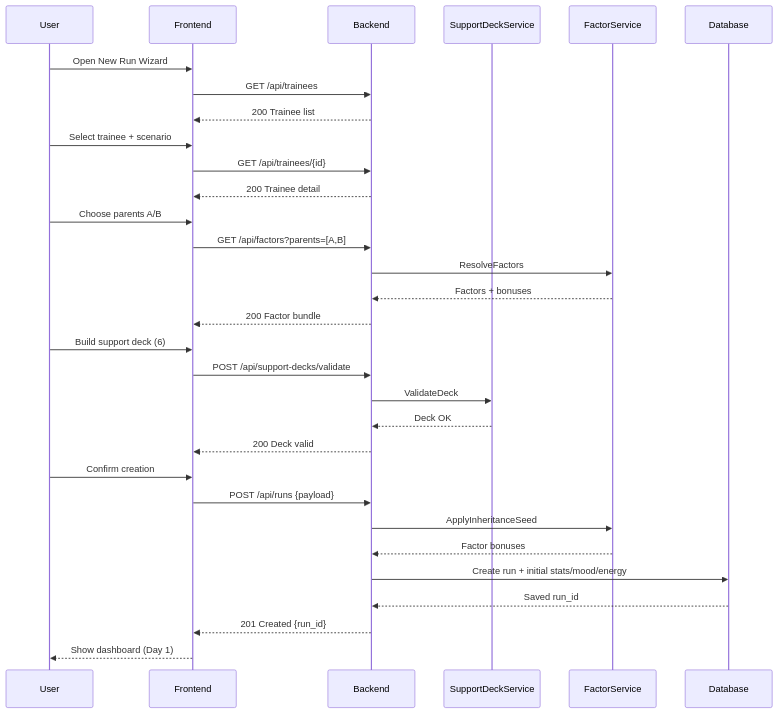
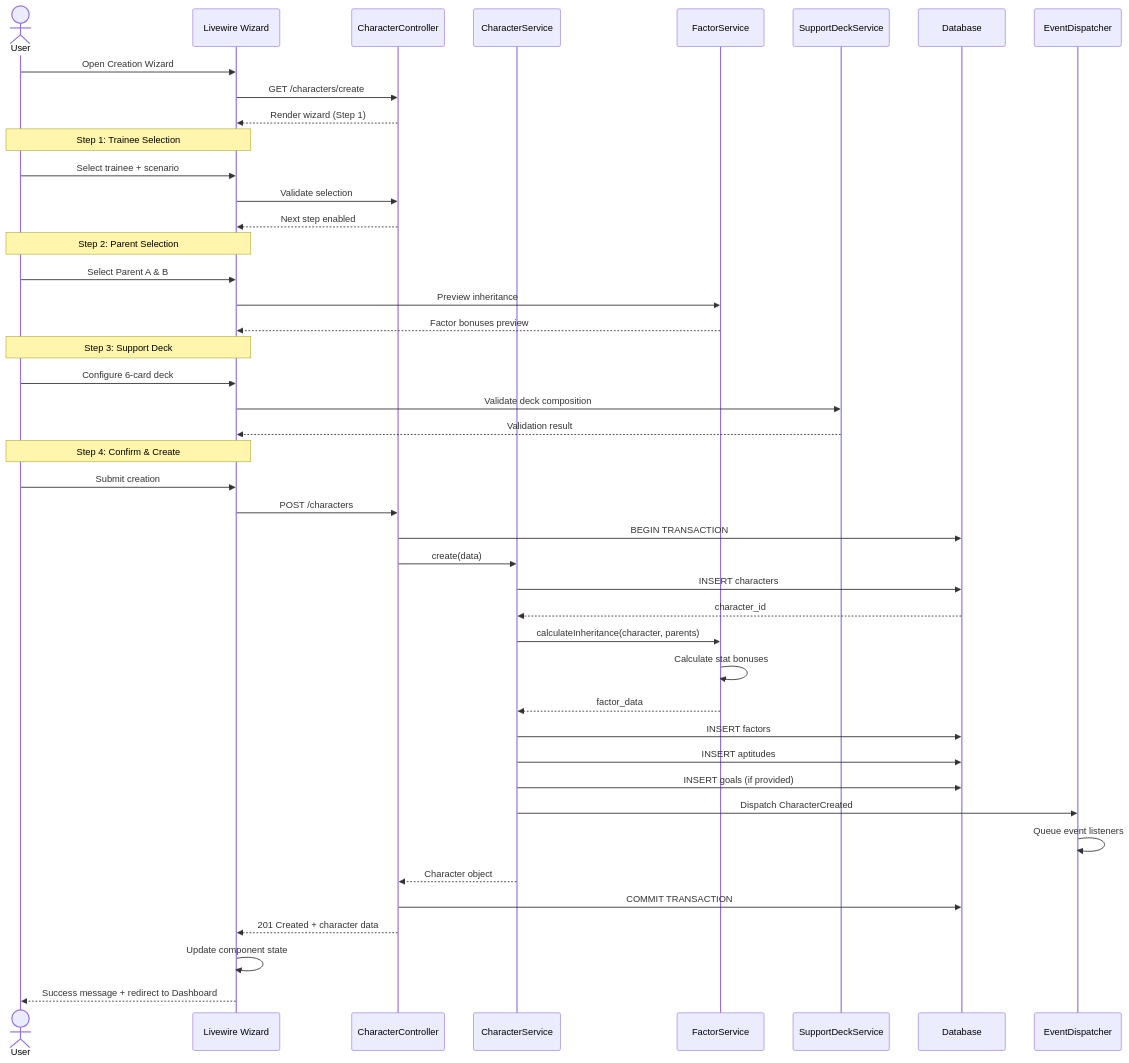
The first of 2 diagrams in docs/01-sequences/SEQ-001_Character_Creation_Sequence.md (exatfrds67/umamusume-career-planner), drawn with Mermaid before and after one commit. The commit also changed other lines of this file and 67 other files, not shown here.

````diff
--- a/docs/01-sequences/SEQ-001_Character_Creation_Sequence.md
+++ b/docs/01-sequences/SEQ-001_Character_Creation_Sequence.md
@@ -32,37 +110,59 @@
 ```mermaid
 sequenceDiagram
-    participant U as User
-    participant UI as Frontend
-    participant API as Backend
-    participant SC as SupportDeckService
-    participant FC as FactorService
+    actor User
+    participant UI as Livewire Wizard
+    participant Controller as CharacterController
+    participant CharSvc as CharacterService
+    participant FactorSvc as FactorService
+    participant DeckSvc as SupportDeckService
     participant DB as Database
+    participant Events as EventDispatcher
 
-    U->>UI: Open New Run Wizard
-    UI->>API: GET /api/trainees
-    API-->>UI: 200 Trainee list
-    U->>UI: Select trainee + scenario
-    UI->>API: GET /api/trainees/{id}
-    API-->>UI: 200 Trainee detail
-
-    U->>UI: Choose parents A/B
-    UI->>API: GET /api/factors?parents=[A,B]
-    API->>FC: ResolveFactors
-    FC-->>API: Factors + bonuses
-    API-->>UI: 200 Factor bundle
-
-    U->>UI: Build support deck (6)
-    UI->>API: POST /api/support-decks/validate
-    API->>SC: ValidateDeck
-    SC-->>API: Deck OK
-    API-->>UI: 200 Deck valid
-
-    U->>UI: Confirm creation
-    UI->>API: POST /api/runs {payload}
-    API->>FC: ApplyInheritanceSeed
-    FC-->>API: Factor bonuses
-    API->>DB: Create run + initial stats/mood/energy
-    DB-->>API: Saved run_id
-    API-->>UI: 201 Created {run_id}
-    UI-->>U: Show dashboard (Day 1)
+    User->>UI: Open Creation Wizard
+    UI->>Controller: GET /characters/create
+    Controller-->>UI: Render wizard (Step 1)
+    
+    Note over UI,User: Step 1: Trainee Selection
+    User->>UI: Select trainee + scenario
+    UI->>Controller: Validate selection
+    Controller-->>UI: Next step enabled
+    
+    Note over UI,User: Step 2: Parent Selection
+    User->>UI: Select Parent A & B
+    UI->>FactorSvc: Preview inheritance
+    FactorSvc-->>UI: Factor bonuses preview
+    
+    Note over UI,User: Step 3: Support Deck
+    User->>UI: Configure 6-card deck
+    UI->>DeckSvc: Validate deck composition
+    DeckSvc-->>UI: Validation result
+    
+    Note over UI,User: Step 4: Confirm & Create
+    User->>UI: Submit creation
+    UI->>Controller: POST /characters
+    
+    Controller->>DB: BEGIN TRANSACTION
+    
+    Controller->>CharSvc: create(data)
+    CharSvc->>DB: INSERT characters
+    DB-->>CharSvc: character_id
+    
+    CharSvc->>FactorSvc: calculateInheritance(character, parents)
+    FactorSvc->>FactorSvc: Calculate stat bonuses
+    FactorSvc-->>CharSvc: factor_data
+    
+    CharSvc->>DB: INSERT factors
+    CharSvc->>DB: INSERT aptitudes
+    CharSvc->>DB: INSERT goals (if provided)
+    
+    CharSvc->>Events: Dispatch CharacterCreated
+    Events->>Events: Queue event listeners
+    
+    CharSvc-->>Controller: Character object
+    
+    Controller->>DB: COMMIT TRANSACTION
+    
+    Controller-->>UI: 201 Created + character data
+    UI->>UI: Update component state
+    UI-->>User: Success message + redirect to Dashboard
 ```
````
